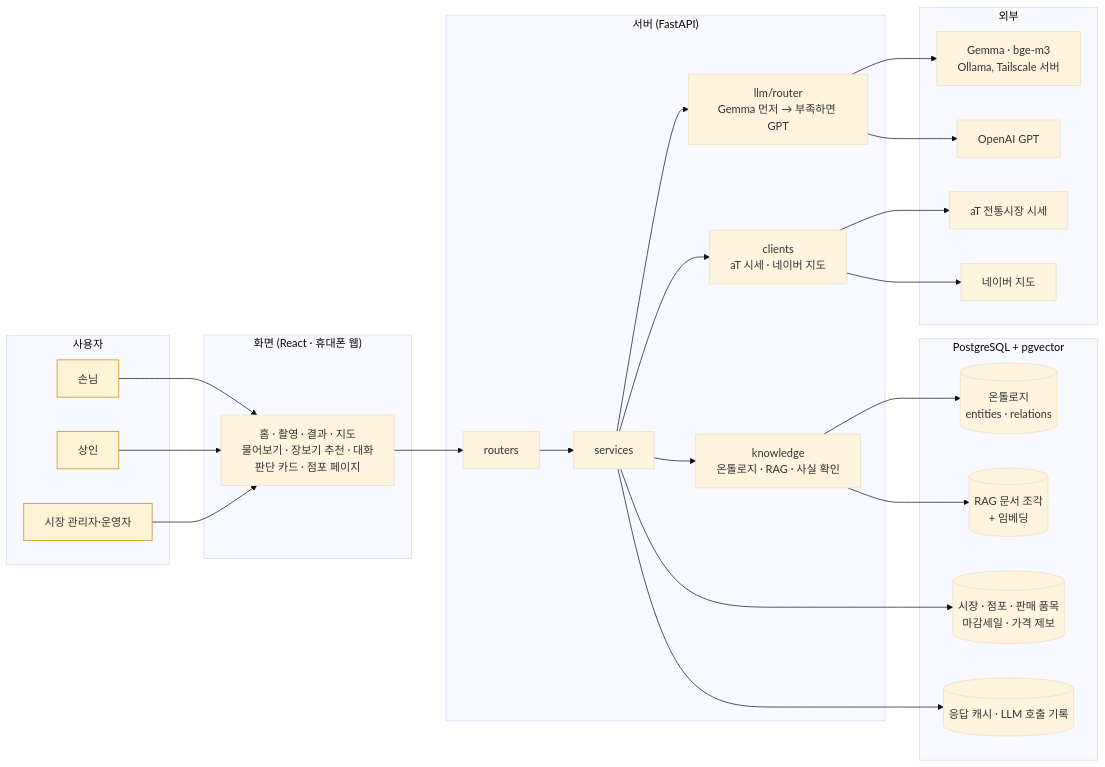
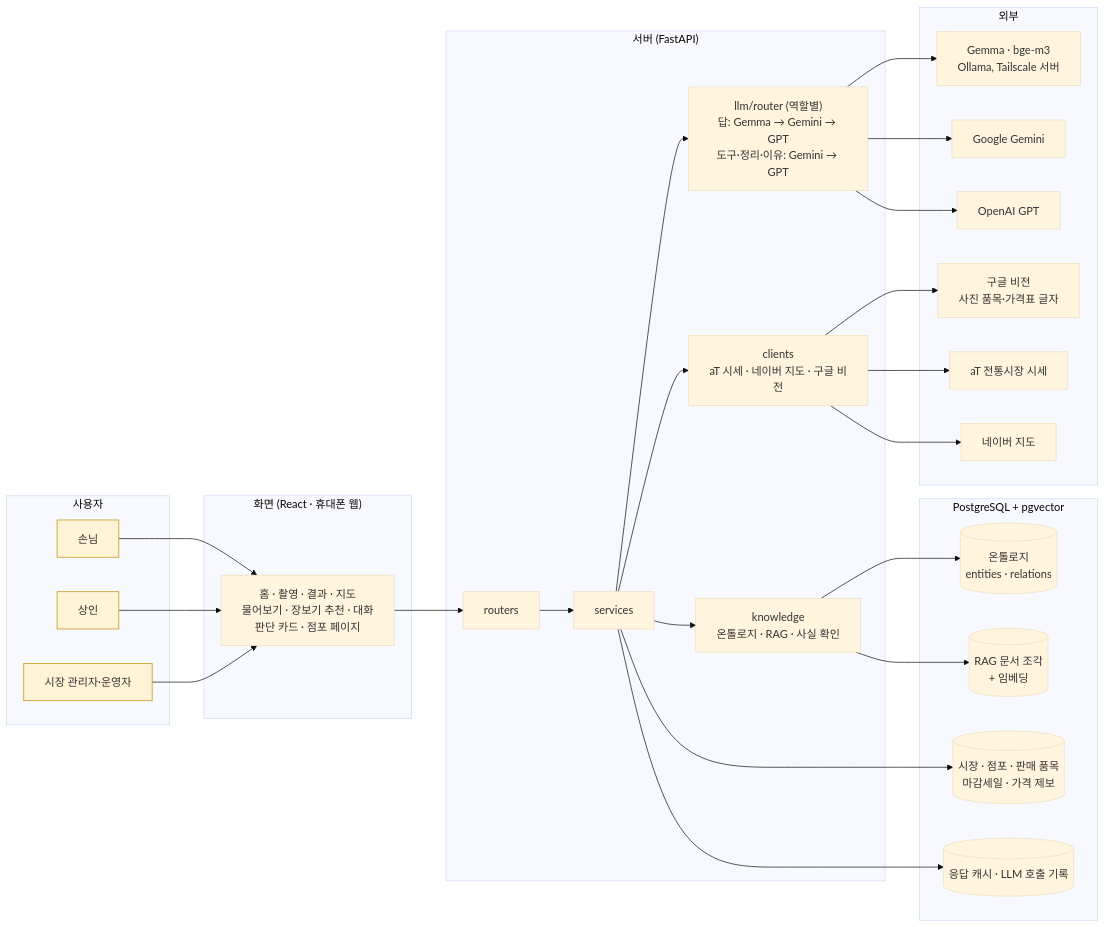
Before and after one commit to byeongsu364/market-on: the first of 5 diagrams in docs/design/08-flow.md, drawn with Mermaid (base theme). The commit also changed other lines of this file and 11 other files, not shown here.

````diff
--- a/docs/design/08-flow.md
+++ b/docs/design/08-flow.md
@@ -10,35 +10,37 @@
 ```mermaid
 flowchart LR
   subgraph 사용자
     C[손님]:::u
     M[상인]:::u
     A[시장 관리자·운영자]:::u
   end
   subgraph 화면["화면 (React · 휴대폰 웹)"]
     FE[홈 · 촬영 · 결과 · 지도<br/>물어보기 · 장보기 추천 · 대화<br/>판단 카드 · 점포 페이지]
   end
   subgraph 서버["서버 (FastAPI)"]
     R[routers] --> S[services]
     S --> K["knowledge<br/>온톨로지 · RAG · 사실 확인"]
-    S --> L["llm/router<br/>Gemma 먼저 → 부족하면 GPT"]
-    S --> CL["clients<br/>aT 시세 · 네이버 지도"]
+    S --> L["llm/router (역할별)<br/>답: Gemma → Gemini → GPT<br/>도구·정리·이유: Gemini → GPT"]
+    S --> CL["clients<br/>aT 시세 · 네이버 지도 · 구글 비전"]
   end
   subgraph 저장소["PostgreSQL + pgvector"]
     DB1[(온톨로지<br/>entities · relations)]
     DB2[(RAG 문서 조각<br/>+ 임베딩)]
     DB3[(시장 · 점포 · 판매 품목<br/>마감세일 · 가격 제보)]
     DB4[(응답 캐시 · LLM 호출 기록)]
   end
   subgraph 외부
     G[Gemma · bge-m3<br/>Ollama, Tailscale 서버]
+    GM[Google Gemini]
     O[OpenAI GPT]
+    V[구글 비전<br/>사진 품목·가격표 글자]
     AT[aT 전통시장 시세]
     NV[네이버 지도]
   end
   C & M & A --> FE --> R
   K --> DB1 & DB2
   S --> DB3 & DB4
-  L --> G & O
-  CL --> AT & NV
+  L --> G & GM & O
+  CL --> AT & NV & V
   classDef u fill:#fff3d6,stroke:#c08a00
 ```
````
